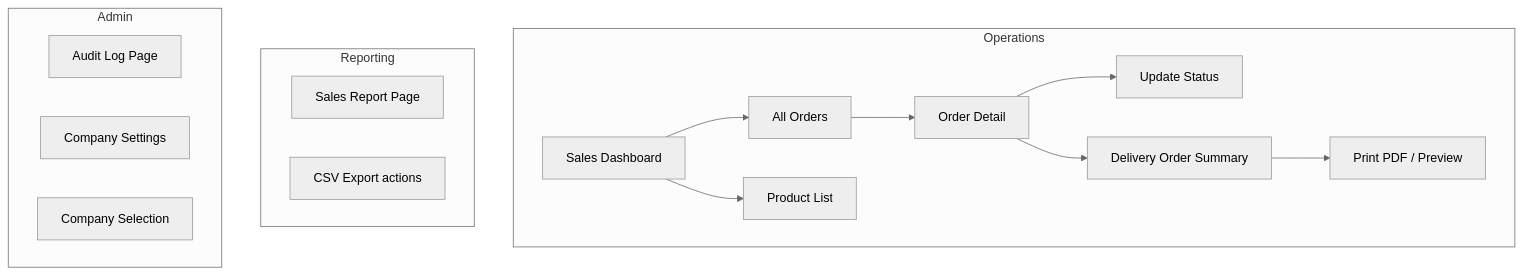
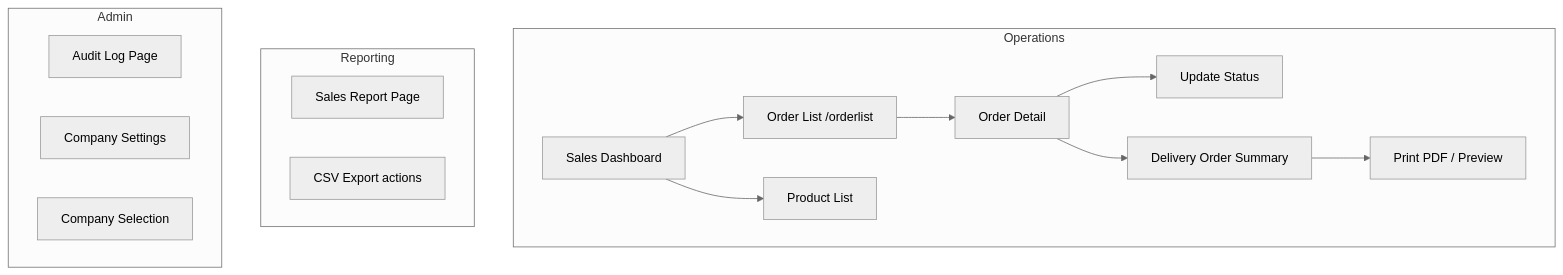
One commit to kahliantoo-rgb/tfg_vday changed the eighth of 9 diagrams in docs/WORKFLOW.md. Above: the diagram before and after it, drawn with Mermaid (neutral theme). The commit also changed other lines of this file and 35 other files, not shown here.

First line of the commit message:
Harden security, fix order loading, and unify order list.

````diff
--- a/docs/WORKFLOW.md
+++ b/docs/WORKFLOW.md
@@ -256,22 +290,22 @@
 ```mermaid
 flowchart TB
     subgraph Operations
-        A[Sales Dashboard] --> B[All Orders]
+        A[Sales Dashboard] --> B[Order List /orderlist]
         A --> C[Product List]
         B --> D[Order Detail]
         D --> E[Update Status]
         D --> F[Delivery Order Summary]
         F --> G[Print PDF / Preview]
     end
 
     subgraph Reporting
         H[Sales Report Page]
         I[CSV Export actions]
     end
 
     subgraph Admin
         J[Audit Log Page]
         K[Company Settings]
         L[Company Selection]
     end
 ```
````
